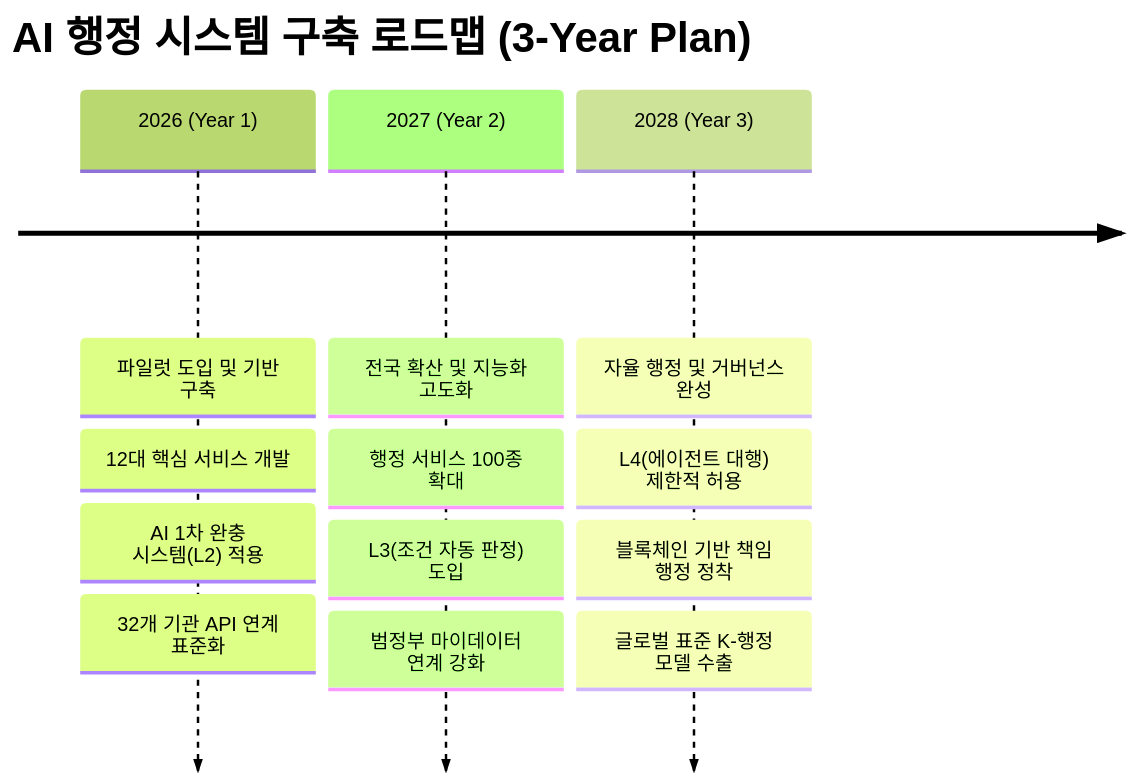
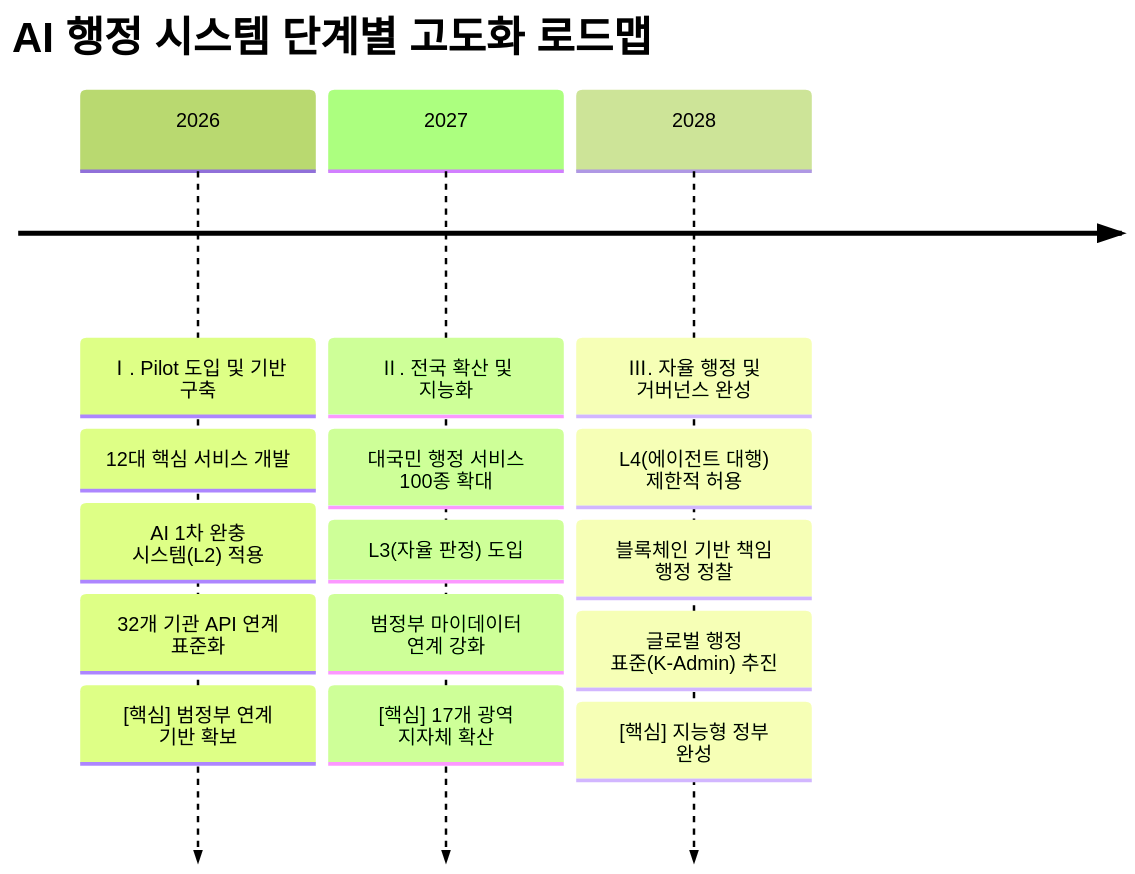
One commit to SxxMWolf/minwonAI changed the fifth of 7 diagrams in final_comprehensive_proposal.md. Above: the diagram before and after it, drawn with Mermaid (forest theme). The commit also changed other lines of this file, not shown here.

````diff
--- a/final_comprehensive_proposal.md
+++ b/final_comprehensive_proposal.md
@@ -474,7 +508,7 @@
 ```mermaid
 timeline
-    title AI 행정 시스템 구축 로드맵 (3-Year Plan)
-    2026 (Year 1) : 파일럿 도입 및 기반 구축 : 12대 핵심 서비스 개발 : AI 1차 완충 시스템(L2) 적용 : 32개 기관 API 연계 표준화
-    2027 (Year 2) : 전국 확산 및 지능화 고도화 : 행정 서비스 100종 확대 : L3(조건 자동 판정) 도입 : 범정부 마이데이터 연계 강화
-    2028 (Year 3) : 자율 행정 및 거버넌스 완성 : L4(에이전트 대행) 제한적 허용 : 블록체인 기반 책임 행정 정착 : 글로벌 표준 K-행정 모델 수출
+    title AI 행정 시스템 단계별 고도화 로드맵
+    2026 : Ⅰ. Pilot 도입 및 기반 구축 : 12대 핵심 서비스 개발 : AI 1차 완충 시스템(L2) 적용 : 32개 기관 API 연계 표준화 : [핵심] 범정부 연계 기반 확보
+    2027 : Ⅱ. 전국 확산 및 지능화 : 대국민 행정 서비스 100종 확대 : L3(자율 판정) 도입 : 범정부 마이데이터 연계 강화 : [핵심] 17개 광역 지자체 확산
+    2028 : Ⅲ. 자율 행정 및 거버넌스 완성 : L4(에이전트 대행) 제한적 허용 : 블록체인 기반 책임 행정 정찰 : 글로벌 행정 표준(K-Admin) 추진 : [핵심] 지능형 정부 완성
 ```
````
